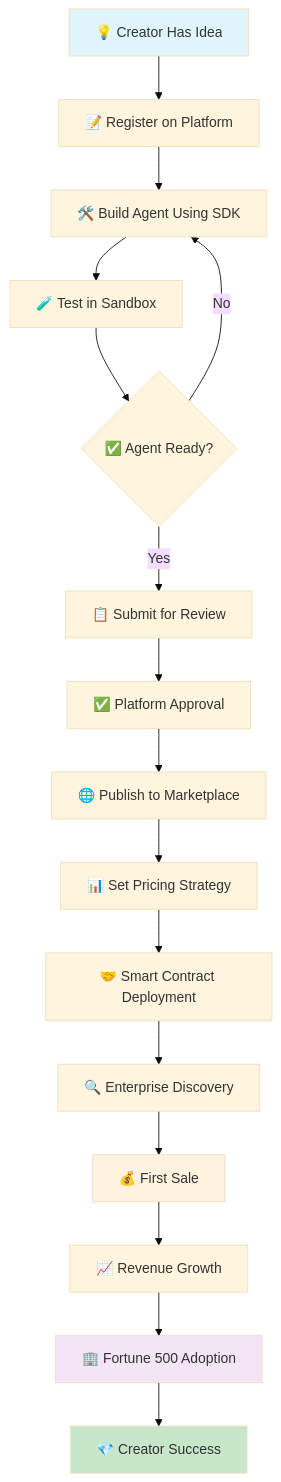
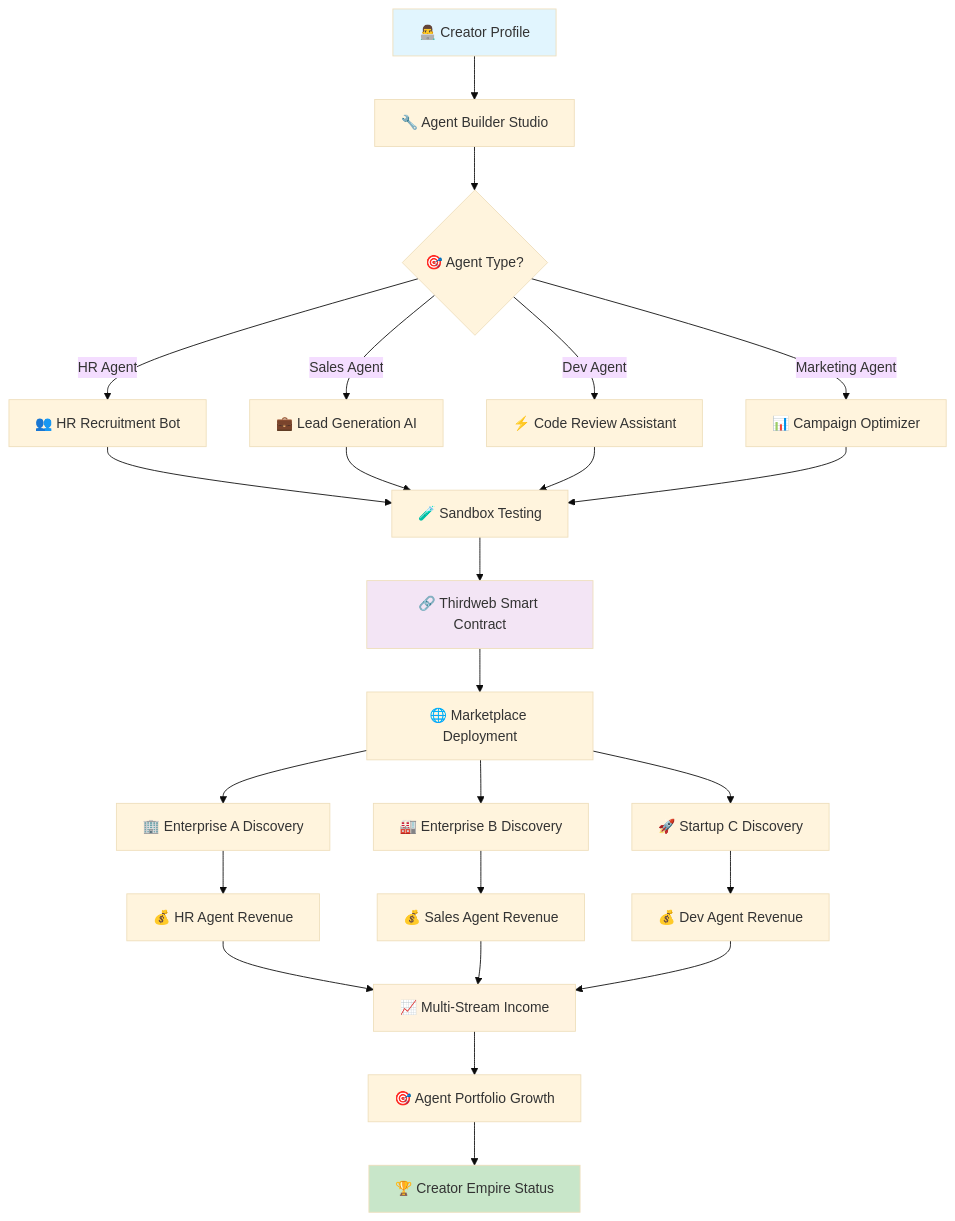
The third of 9 diagrams in README.md (ed1868/NomadLands), drawn with Mermaid (base theme) before and after one commit. The commit also changed other lines of this file and 1 other file, not shown here.

First line of the commit message:
Revamp platform documentation to showcase AI evolution and user empowerment

````diff
--- a/README.md
+++ b/README.md
@@ -264,23 +302,38 @@
 ```mermaid
 flowchart TD
-    A[💡 Creator Has Idea] --> B[📝 Register on Platform]
-    B --> C[🛠️ Build Agent Using SDK]
-    C --> D[🧪 Test in Sandbox]
-    D --> E{✅ Agent Ready?}
-    E -->|No| C
-    E -->|Yes| F[📋 Submit for Review]
-    F --> G[✅ Platform Approval]
-    G --> H[🌐 Publish to Marketplace]
-    H --> I[📊 Set Pricing Strategy]
-    I --> J[🤝 Smart Contract Deployment]
-    J --> K[🔍 Enterprise Discovery]
-    K --> L[💰 First Sale]
-    L --> M[📈 Revenue Growth]
-    M --> N[🏢 Fortune 500 Adoption]
-    N --> O[💎 Creator Success]
+    A[👨‍💻 Creator Profile] --> B[🔧 Agent Builder Studio]
+    B --> C{🎯 Agent Type?}
+    
+    C -->|HR Agent| D[👥 HR Recruitment Bot]
+    C -->|Sales Agent| E[💼 Lead Generation AI]
+    C -->|Dev Agent| F[⚡ Code Review Assistant]
+    C -->|Marketing Agent| G[📊 Campaign Optimizer]
+    
+    D --> H[🧪 Sandbox Testing]
+    E --> H
+    F --> H
+    G --> H
+    
+    H --> I[🔗 Thirdweb Smart Contract]
+    I --> J[🌐 Marketplace Deployment]
+    
+    J --> K[🏢 Enterprise A Discovery]
+    J --> L[🏭 Enterprise B Discovery]
+    J --> M[🚀 Startup C Discovery]
+    
+    K --> N[💰 HR Agent Revenue]
+    L --> O[💰 Sales Agent Revenue]
+    M --> P[💰 Dev Agent Revenue]
+    
+    N --> Q[📈 Multi-Stream Income]
+    O --> Q
+    P --> Q
+    
+    Q --> R[🎯 Agent Portfolio Growth]
+    R --> S[🏆 Creator Empire Status]
     
     style A fill:#e1f5fe
-    style O fill:#c8e6c9
-    style L fill:#fff3e0
-    style N fill:#f3e5f5
+    style S fill:#c8e6c9
+    style Q fill:#fff3e0
+    style I fill:#f3e5f5
 ```
````
